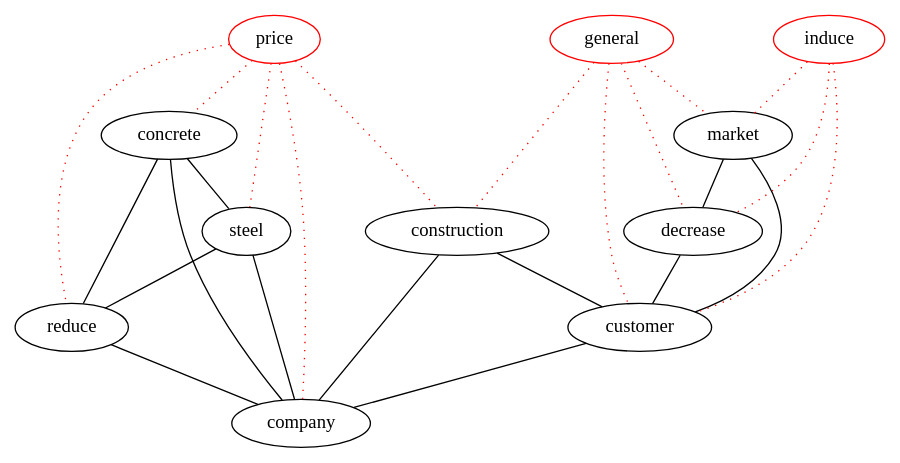
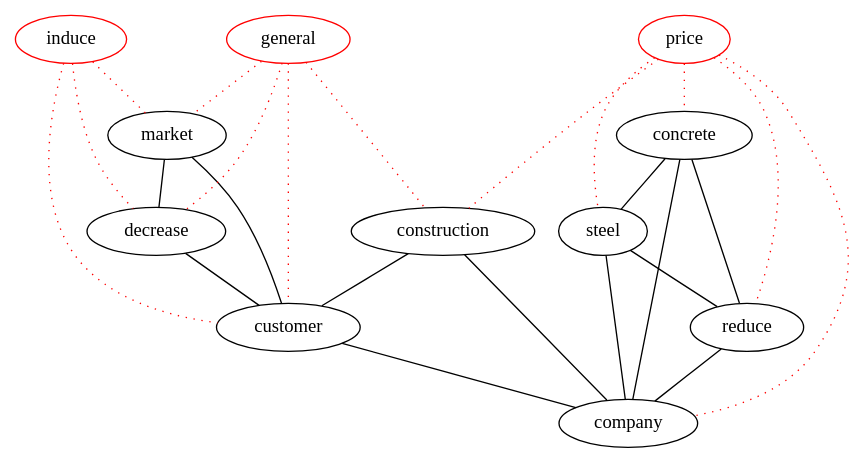
Before and after one commit to michaelweiss/keygraph: the diagram in dot/d2.dot, drawn with Graphviz. The commit also changed other lines of this file and 7 other files, not shown here.

```diff
--- a/dot/d2.dot
+++ b/dot/d2.dot
@@ -1,38 +1,38 @@
 graph keygraph {
 graph [size="10,10"]
+customer [color="black"]
+steel [color="black"]
+decrease [color="black"]
+company [color="black"]
+market [color="black"]
+reduce [color="black"]
+concrete [color="black"]
 construction [color="black"]
-reduce [color="black"]
-customer [color="black"]
-company [color="black"]
-concrete [color="black"]
-decrease [color="black"]
-steel [color="black"]
-market [color="black"]
+price [color="red"]
 general [color="red"]
-price [color="red"]
 induce [color="red"]
 construction--customer
 construction--company
 concrete--reduce
 steel--reduce
 customer--company
 market--decrease
 market--customer
 decrease--customer
 concrete--steel
 concrete--company
 steel--company
 reduce--company
 induce--customer [color="red", style="dotted"]
 induce--decrease [color="red", style="dotted"]
 induce--market [color="red", style="dotted"]
-general--construction [color="red", style="dotted"]
 general--customer [color="red", style="dotted"]
 general--decrease [color="red", style="dotted"]
 general--market [color="red", style="dotted"]
+general--construction [color="red", style="dotted"]
+price--steel [color="red", style="dotted"]
+price--company [color="red", style="dotted"]
+price--reduce [color="red", style="dotted"]
+price--concrete [color="red", style="dotted"]
 price--construction [color="red", style="dotted"]
-price--reduce [color="red", style="dotted"]
-price--company [color="red", style="dotted"]
-price--concrete [color="red", style="dotted"]
-price--steel [color="red", style="dotted"]
 }
```
